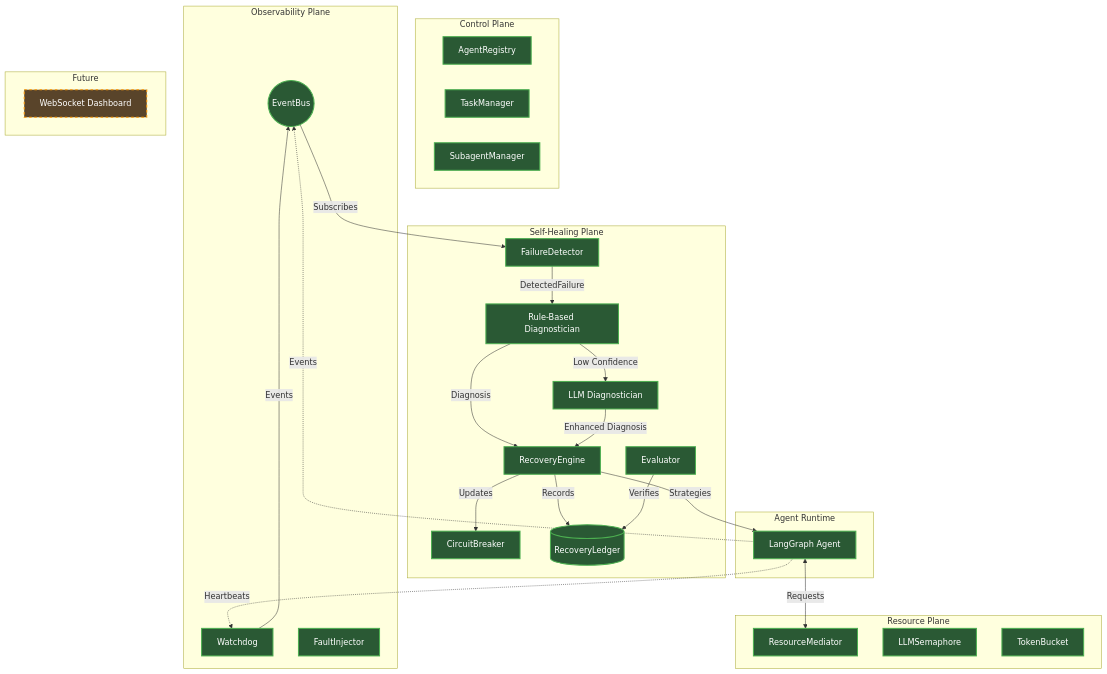
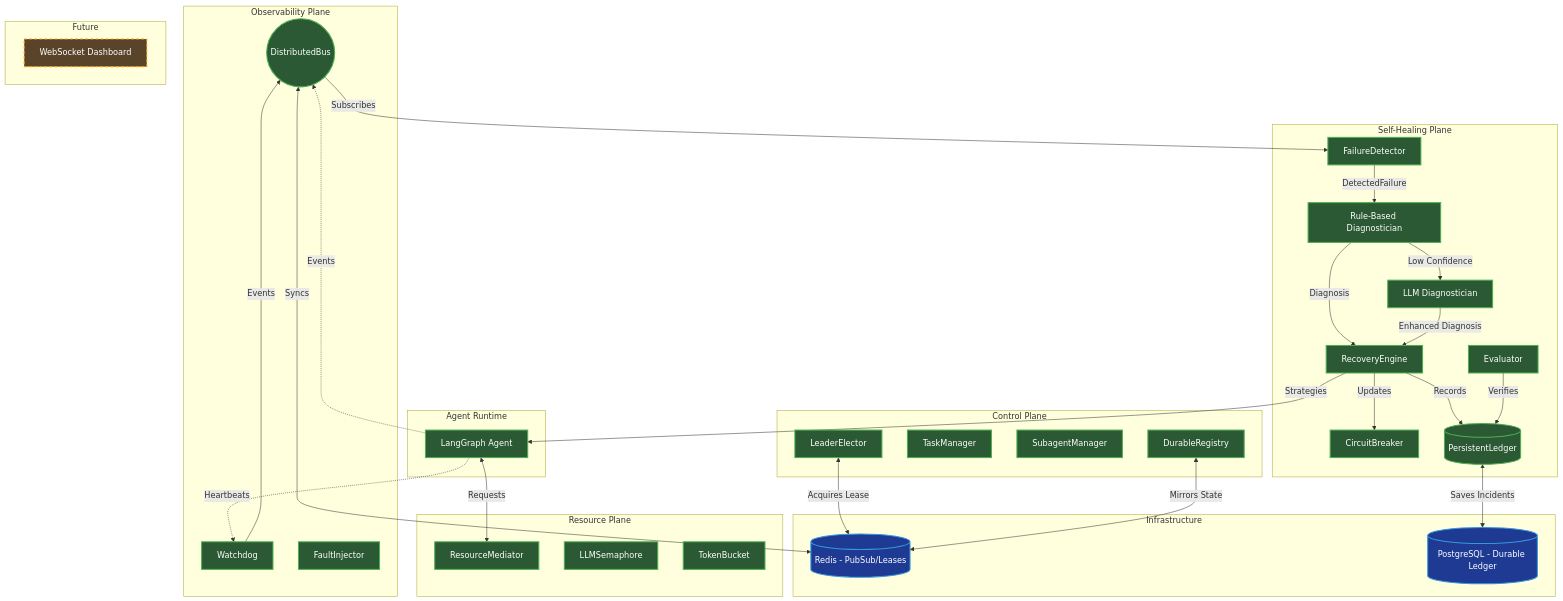
One commit to Anuroop-cloud/bossman changed the second of 2 diagrams in README.md. Above: the diagram before and after it, drawn with Mermaid. The commit also changed other lines of this file, not shown here.

Commit message:
docs: update documentation for Phase 9 distributed high availability and add review presentation

````diff
--- a/README.md
+++ b/README.md
@@ -65,59 +63,72 @@
 ```mermaid
 graph TD
+    subgraph Infrastructure
+        Redis[(Redis - PubSub/Leases)]
+        DB[(PostgreSQL - Durable Ledger)]
+    end
+
     subgraph Control Plane
-        Registry[AgentRegistry]
+        Registry[DurableRegistry]
         Tasks[TaskManager]
         SubManager[SubagentManager]
+        Leader[LeaderElector]
     end
 
     subgraph Observability Plane
-        Bus((EventBus))
+        Bus((DistributedBus))
         Watchdog[Watchdog]
         Faults[FaultInjector]
     end
 
     subgraph Self-Healing Plane
         Detector[FailureDetector]
         Rules[Rule-Based Diagnostician]
         LLMDiag[LLM Diagnostician]
         Engine[RecoveryEngine]
         Circuit[CircuitBreaker]
         Eval[Evaluator]
-        Ledger[(RecoveryLedger)]
+        Ledger[(PersistentLedger)]
     end
 
     subgraph Resource Plane
         Mediator[ResourceMediator]
         Sem[LLMSemaphore]
         Bucket[TokenBucket]
     end
 
     subgraph Agent Runtime
         Agent[LangGraph Agent]
     end
 
     subgraph Future
         Dash[WebSocket Dashboard]
     end
 
     Agent -.->|Heartbeats| Watchdog
     Watchdog -->|Events| Bus
     Agent -.->|Events| Bus
     Agent <-->|Requests| Mediator
 
+    Bus <-->|Syncs| Redis
+    Leader <-->|Acquires Lease| Redis
+    Registry <-->|Mirrors State| Redis
+    Ledger <-->|Saves Incidents| DB
+
     Bus -->|Subscribes| Detector
     Detector -->|DetectedFailure| Rules
     Rules -->|Low Confidence| LLMDiag
     Rules -->|Diagnosis| Engine
     LLMDiag -->|Enhanced Diagnosis| Engine
     Engine -->|Strategies| Agent
     Engine -->|Updates| Circuit
     Engine -->|Records| Ledger
     Eval -->|Verifies| Ledger
 
     classDef implemented fill:#2a5934,stroke:#4caf50,stroke-width:2px,color:white;
     classDef future fill:#59442a,stroke:#ff9800,stroke-width:2px,stroke-dasharray: 5 5,color:white;
+    classDef infra fill:#1f3a93,stroke:#3498db,stroke-width:2px,color:white;
 
-    class Registry,Tasks,SubManager,Bus,Watchdog,Faults,Detector,Rules,LLMDiag,Engine,Circuit,Eval,Ledger,Mediator,Sem,Bucket,Agent implemented;
+    class Registry,Tasks,SubManager,Bus,Watchdog,Faults,Detector,Rules,LLMDiag,Engine,Circuit,Eval,Ledger,Mediator,Sem,Bucket,Agent,Leader implemented;
     class Dash future;
+    class Redis,DB infra;
 ```
````
